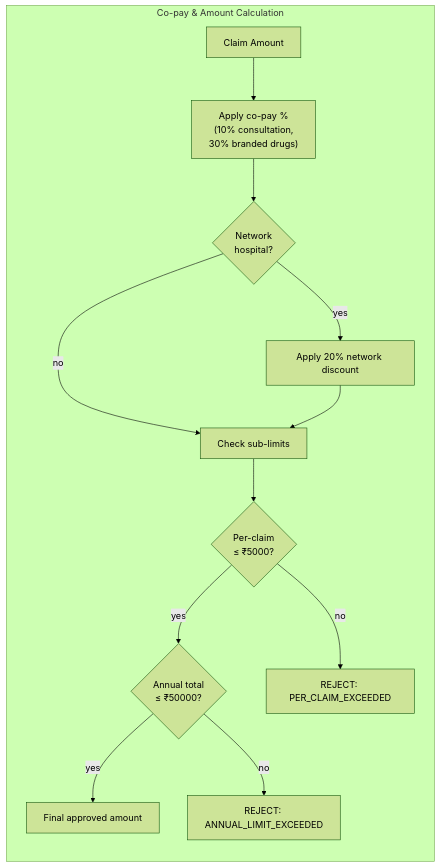
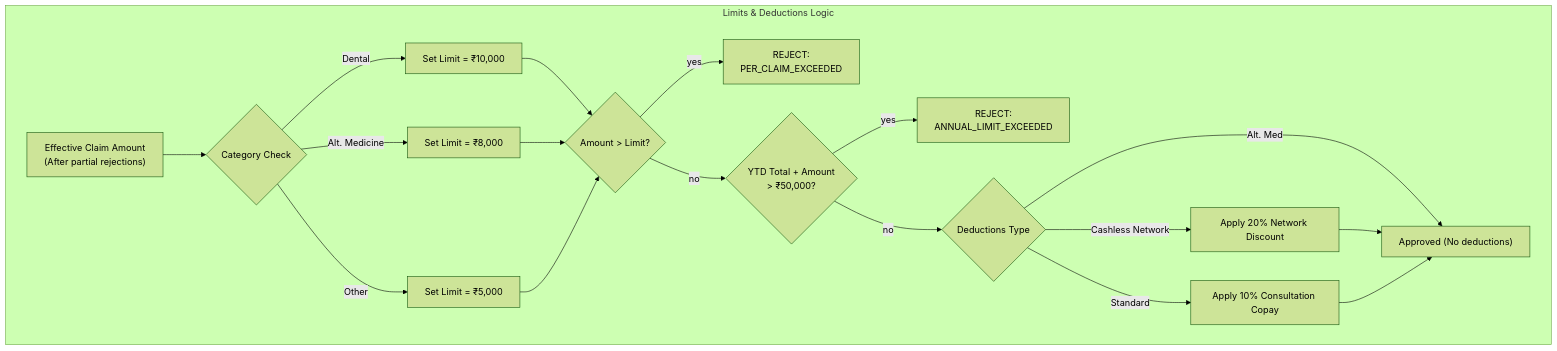
The diagram in docs/amount_calculation_flowchart.md (ziko-ahmed/plum), drawn with Mermaid (forest theme) before and after one commit. The commit also changed other lines of this file and 1 other file, not shown here.

Commit message:
Update README with upload handling details and correct amount flowchart

````diff
--- a/docs/amount_calculation_flowchart.md
+++ b/docs/amount_calculation_flowchart.md
@@ -3,15 +5,27 @@
 ```mermaid
-flowchart LR
-    subgraph "Co-pay & Amount Calculation"
-        CA["Claim Amount"] --> CP["Apply co-pay %\n(10% consultation,\n30% branded drugs)"]
-        CP --> NW{"Network\nhospital?"}
-        NW -->|"yes"| ND["Apply 20% network discount"]
-        NW -->|"no"| SL["Check sub-limits"]
-        ND --> SL
-        SL --> PC{"Per-claim\n≤ ₹5000?"}
-        PC -->|"yes"| AL{"Annual total\n≤ ₹50000?"}
-        PC -->|"no"| RJ["REJECT: PER_CLAIM_EXCEEDED"]
-        AL -->|"yes"| AP["Final approved amount"]
-        AL -->|"no"| RJ2["REJECT: ANNUAL_LIMIT_EXCEEDED"]
+flowchart TD
+    subgraph "Limits & Deductions Logic"
+        EA["Effective Claim Amount\n(After partial rejections)"] --> CAT{"Category Check"}
+        
+        CAT -->|"Dental"| DL["Set Limit = ₹10,000"]
+        CAT -->|"Alt. Medicine"| AL["Set Limit = ₹8,000"]
+        CAT -->|"Other"| PL["Set Limit = ₹5,000"]
+        
+        DL --> LC{"Amount > Limit?"}
+        AL --> LC
+        PL --> LC
+        
+        LC -->|"yes"| RJ1["REJECT:\nPER_CLAIM_EXCEEDED"]
+        LC -->|"no"| YTD{"YTD Total + Amount\n> ₹50,000?"}
+        
+        YTD -->|"yes"| RJ2["REJECT:\nANNUAL_LIMIT_EXCEEDED"]
+        YTD -->|"no"| DED{"Deductions Type"}
+        
+        DED -->|"Alt. Med"| AP["Approved (No deductions)"]
+        DED -->|"Cashless Network"| ND["Apply 20% Network Discount"]
+        DED -->|"Standard"| CP["Apply 10% Consultation Copay"]
+        
+        ND --> AP
+        CP --> AP
     end
 ```
````
